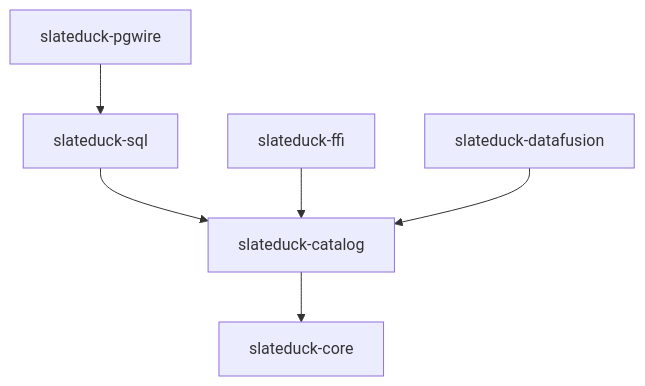
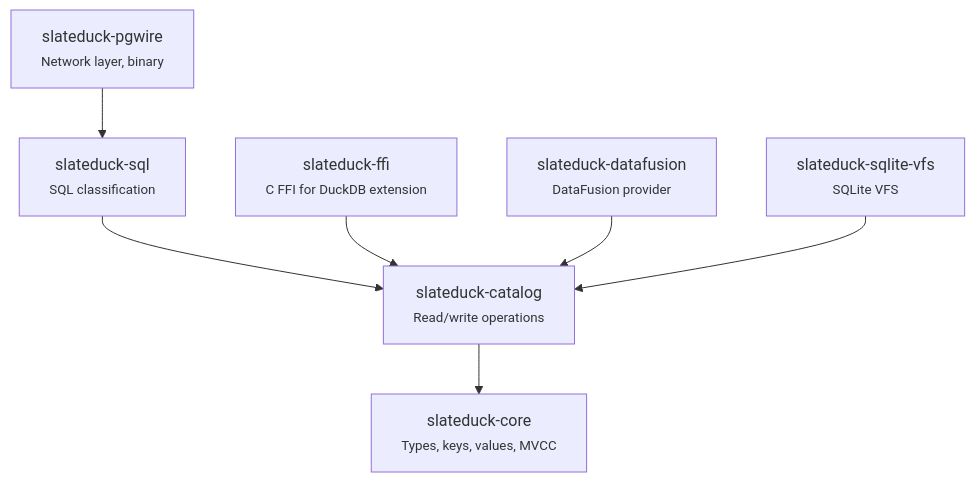
One commit to trickle-labs/rocklake changed the diagram in docs/contributing/architecture-guide.md. Above: the diagram before and after it, drawn with Mermaid. The commit also changed other lines of this file and 253 other files, not shown here.

````diff
--- a/docs/contributing/architecture-guide.md
+++ b/docs/contributing/architecture-guide.md
@@ -7,8 +9,9 @@
 ```mermaid
 graph TD
-    pgwire[slateduck-pgwire] --> sql[slateduck-sql]
-    sql --> catalog[slateduck-catalog]
-    catalog --> core[slateduck-core]
-    ffi[slateduck-ffi] --> catalog
-    datafusion[slateduck-datafusion] --> catalog
+    pgwire[slateduck-pgwire<br/><small>Network layer, binary</small>] --> sql[slateduck-sql<br/><small>SQL classification</small>]
+    sql --> catalog[slateduck-catalog<br/><small>Read/write operations</small>]
+    catalog --> core[slateduck-core<br/><small>Types, keys, values, MVCC</small>]
+    ffi[slateduck-ffi<br/><small>C FFI for DuckDB extension</small>] --> catalog
+    datafusion[slateduck-datafusion<br/><small>DataFusion provider</small>] --> catalog
+    sqlite[slateduck-sqlite-vfs<br/><small>SQLite VFS</small>] --> catalog
 ```
````
